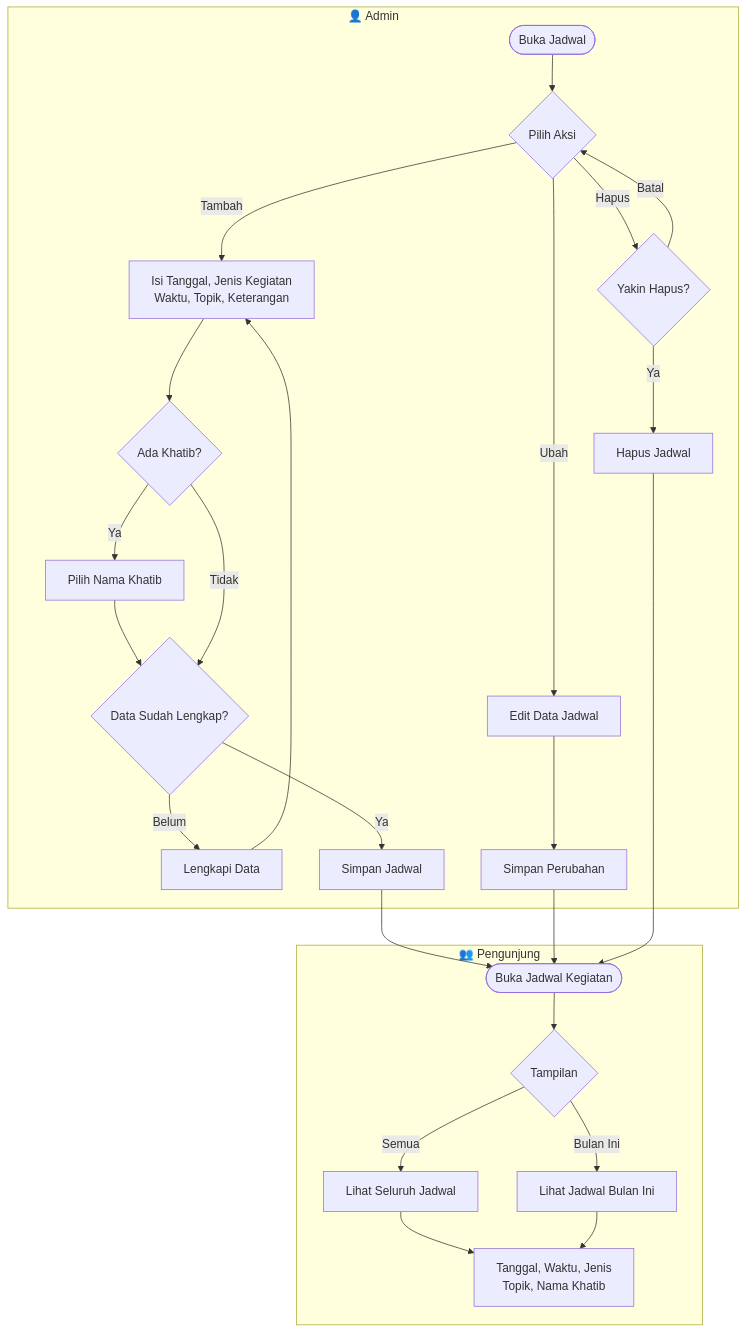
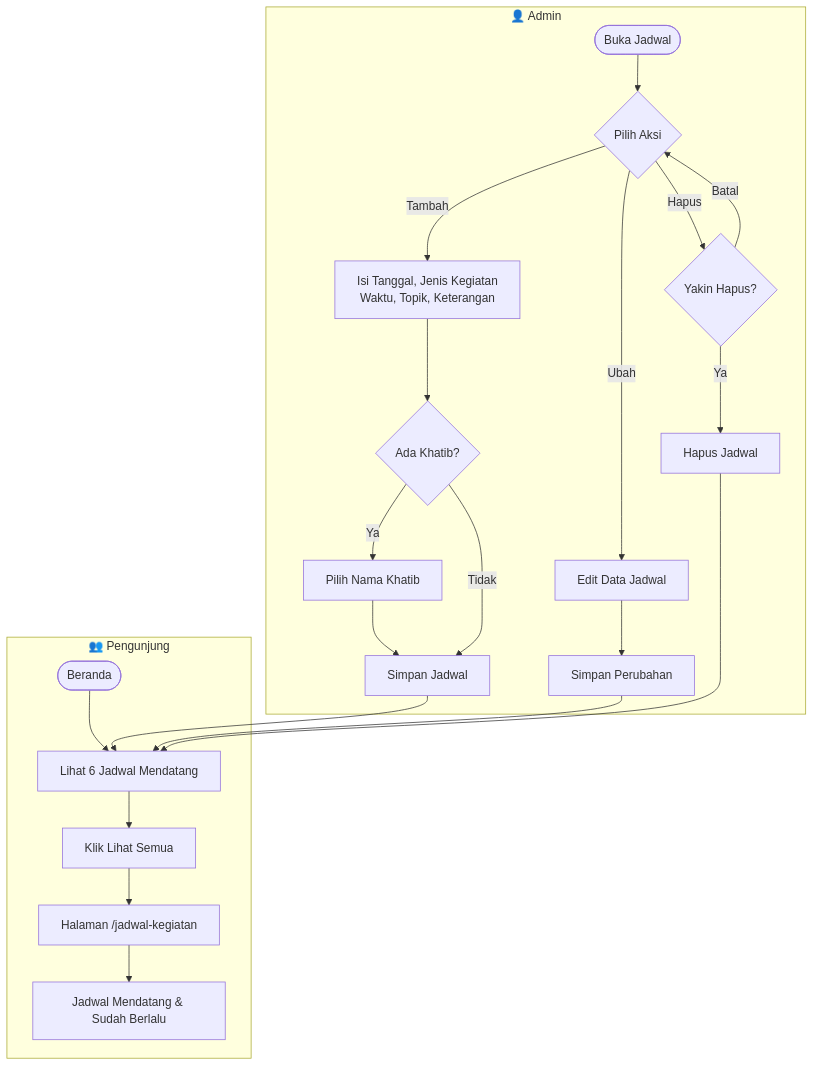
One commit to nabilhatami86/masjid-al-hidayah changed the fifth of 7 diagrams in ERD.md. Above: the diagram before and after it, drawn with Mermaid. The commit also changed other lines of this file and 19 other files, not shown here.

````diff
--- a/ERD.md
+++ b/ERD.md
@@ -261,34 +394,30 @@
 ```mermaid
 flowchart TD
     subgraph ADMIN["👤 Admin"]
         A1([Buka Jadwal]) --> A2{Pilih Aksi}
 
         A2 -- Tambah --> A3[Isi Tanggal, Jenis Kegiatan\nWaktu, Topik, Keterangan]
         A3 --> A4{Ada Khatib?}
         A4 -- Ya --> A5[Pilih Nama Khatib]
-        A5 --> A6{Data Sudah Lengkap?}
+        A5 --> A6[Simpan Jadwal]
         A4 -- Tidak --> A6
-        A6 -- Belum --> A7[Lengkapi Data]
-        A7 --> A3
-        A6 -- Ya --> A8[Simpan Jadwal]
 
-        A2 -- Ubah --> A9[Edit Data Jadwal]
-        A9 --> A10[Simpan Perubahan]
+        A2 -- Ubah --> A7[Edit Data Jadwal]
+        A7 --> A8[Simpan Perubahan]
 
-        A2 -- Hapus --> A11{Yakin Hapus?}
-        A11 -- Batal --> A2
-        A11 -- Ya --> A12[Hapus Jadwal]
+        A2 -- Hapus --> A9{Yakin Hapus?}
+        A9 -- Batal --> A2
+        A9 -- Ya --> A10[Hapus Jadwal]
     end
 
     subgraph PUBLIK["👥 Pengunjung"]
-        P1([Buka Jadwal Kegiatan]) --> P2{Tampilan}
-        P2 -- Semua --> P3[Lihat Seluruh Jadwal]
-        P2 -- Bulan Ini --> P4[Lihat Jadwal Bulan Ini]
-        P3 --> P5[Tanggal, Waktu, Jenis\nTopik, Nama Khatib]
-        P4 --> P5
+        P1([Beranda]) --> P2[Lihat 6 Jadwal Mendatang]
+        P2 --> P3[Klik Lihat Semua]
+        P3 --> P4[Halaman /jadwal-kegiatan]
+        P4 --> P5[Jadwal Mendatang & Sudah Berlalu]
     end
 
-    A8 --> P1
-    A10 --> P1
-    A12 --> P1
+    A6 --> P2
+    A8 --> P2
+    A10 --> P2
 ```
````
